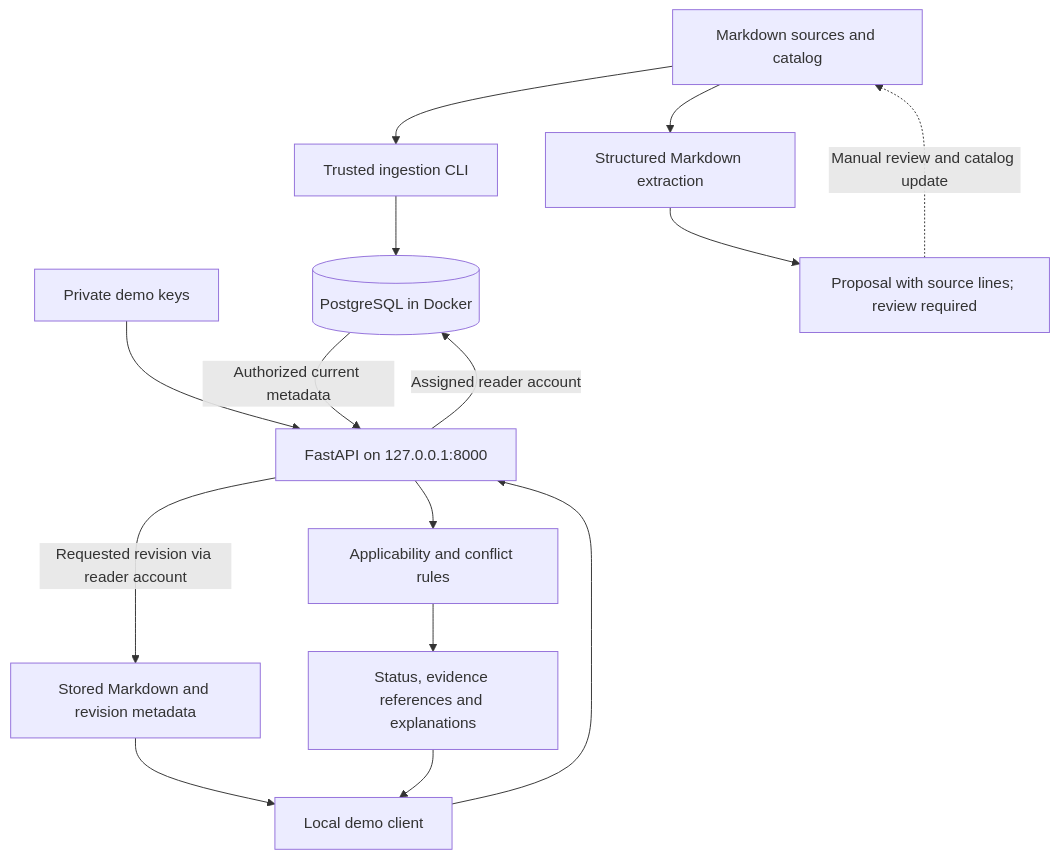
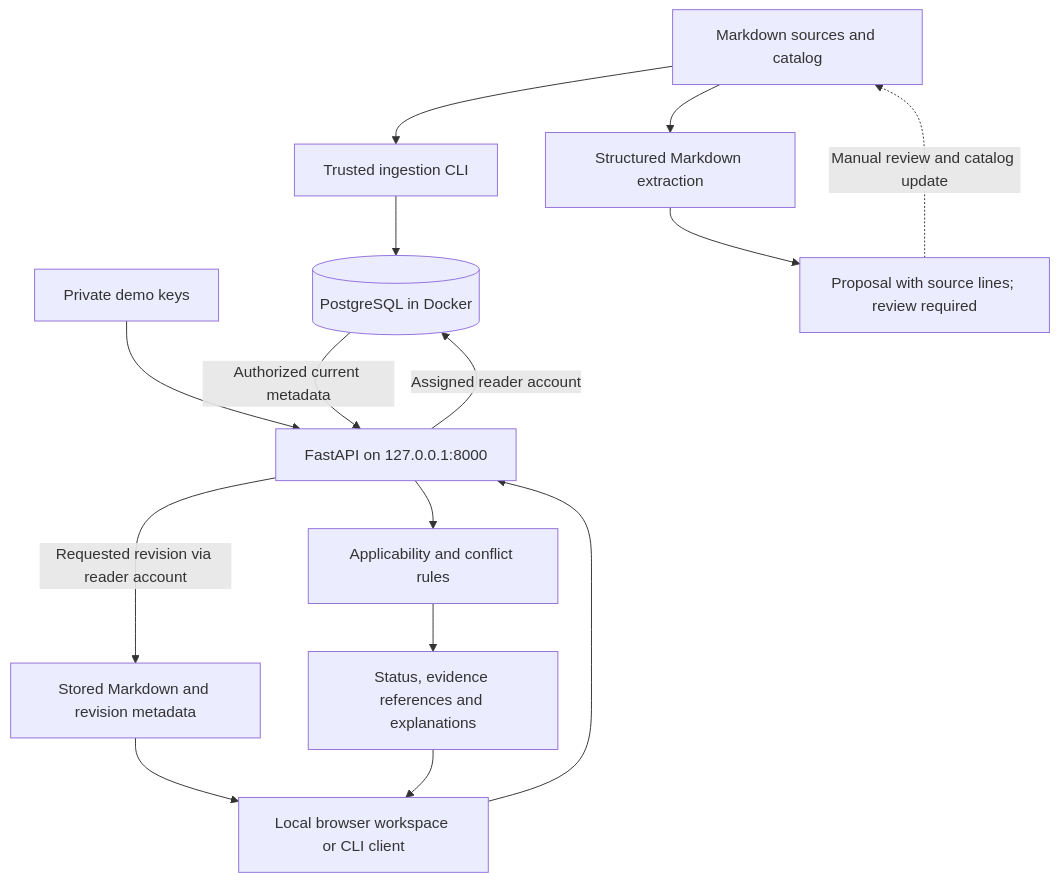
Before and after one commit to Asritha7/opslens-ai: the diagram in docs/architecture.md, drawn with Mermaid. The commit also changed other lines of this file and 14 other files, not shown here.

Commit message:
feat(web): add authenticated local evidence workspace

````diff
--- a/docs/architecture.md
+++ b/docs/architecture.md
@@ -5,17 +5,17 @@
 ```mermaid
 flowchart TD
     Source["Markdown sources and catalog"] --> Ingest["Trusted ingestion CLI"]
     Ingest --> DB[("PostgreSQL in Docker")]
-    Client["Local demo client"] --> API["FastAPI on 127.0.0.1:8000"]
+    Client["Local browser workspace or CLI client"] --> API["FastAPI on 127.0.0.1:8000"]
     Keys["Private demo keys"] --> API
     API -->|"Assigned reader account"| DB
     DB -->|"Authorized current metadata"| API
     API -->|"Requested revision via reader account"| Evidence["Stored Markdown and revision metadata"]
     Evidence --> Client
     API --> Selector["Applicability and conflict rules"]
     Selector --> Result["Status, evidence references and explanations"]
     Result --> Client
     Source --> Extract["Structured Markdown extraction"]
     Extract --> Proposal["Proposal with source lines; review required"]
     Proposal -.->|"Manual review and catalog update"| Source
 ```
````
